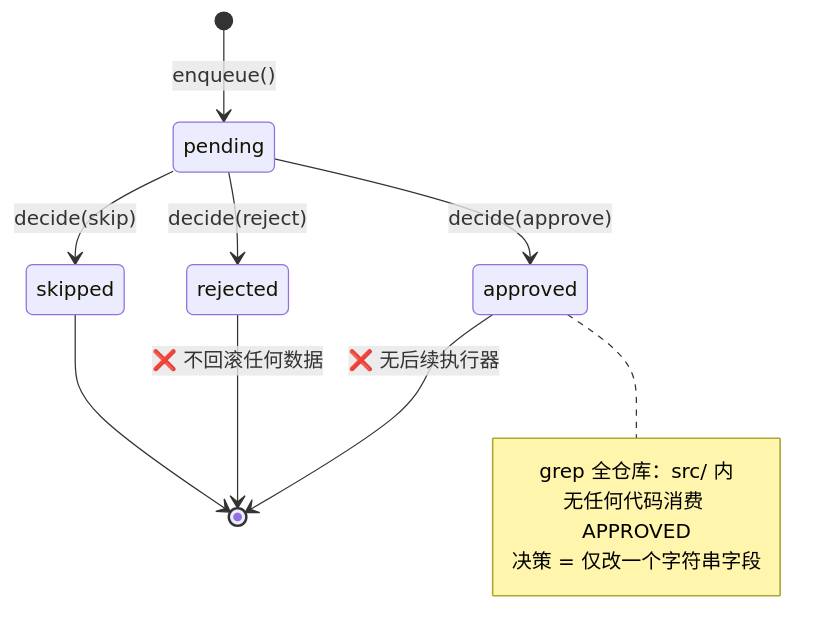
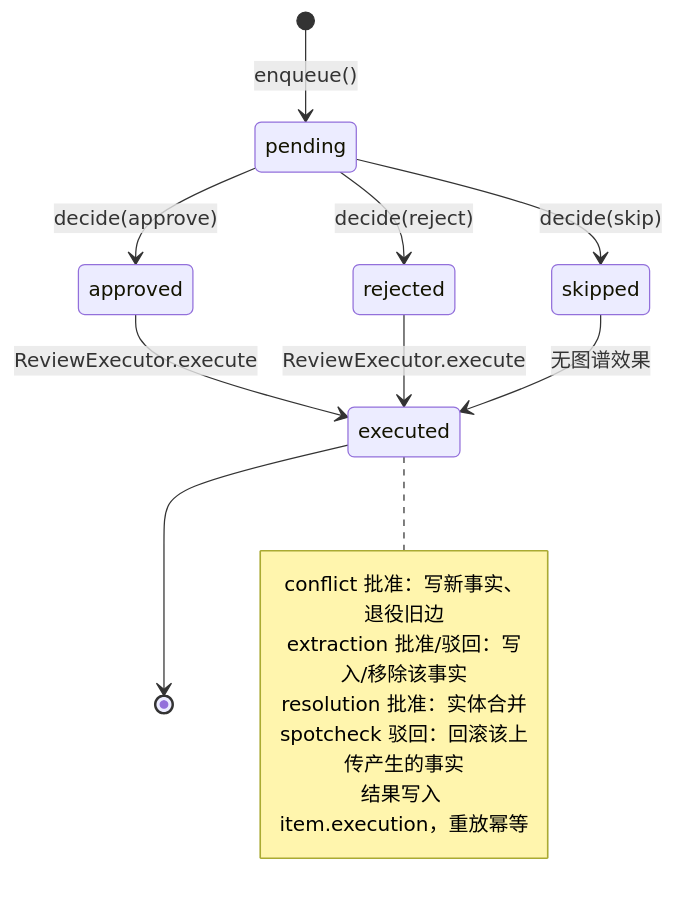
Before and after one commit to RightCloudhub/AG: the fifth of 5 diagrams in docs/design/BUSINESS_LOGIC.md, drawn with Mermaid. The commit also changed other lines of this file and 42 other files, not shown here.

````diff
--- a/docs/design/BUSINESS_LOGIC.md
+++ b/docs/design/BUSINESS_LOGIC.md
@@ -194,15 +187,18 @@
 ```mermaid
 stateDiagram-v2
     [*] --> pending: enqueue()
     pending --> approved: decide(approve)
     pending --> rejected: decide(reject)
     pending --> skipped: decide(skip)
-    approved --> [*]: ❌ 无后续执行器
-    rejected --> [*]: ❌ 不回滚任何数据
-    skipped --> [*]
-    note right of approved
-      grep 全仓库：src/ 内
-      无任何代码消费 APPROVED
-      决策 = 仅改一个字符串字段
+    approved --> executed: ReviewExecutor.execute
+    rejected --> executed: ReviewExecutor.execute
+    skipped --> executed: 无图谱效果
+    executed --> [*]
+    note right of executed
+      conflict 批准：写新事实、退役旧边
+      extraction 批准/驳回：写入/移除该事实
+      resolution 批准：实体合并
+      spotcheck 驳回：回滚该上传产生的事实
+      结果写入 item.execution，重放幂等
     end note
 ```
````
